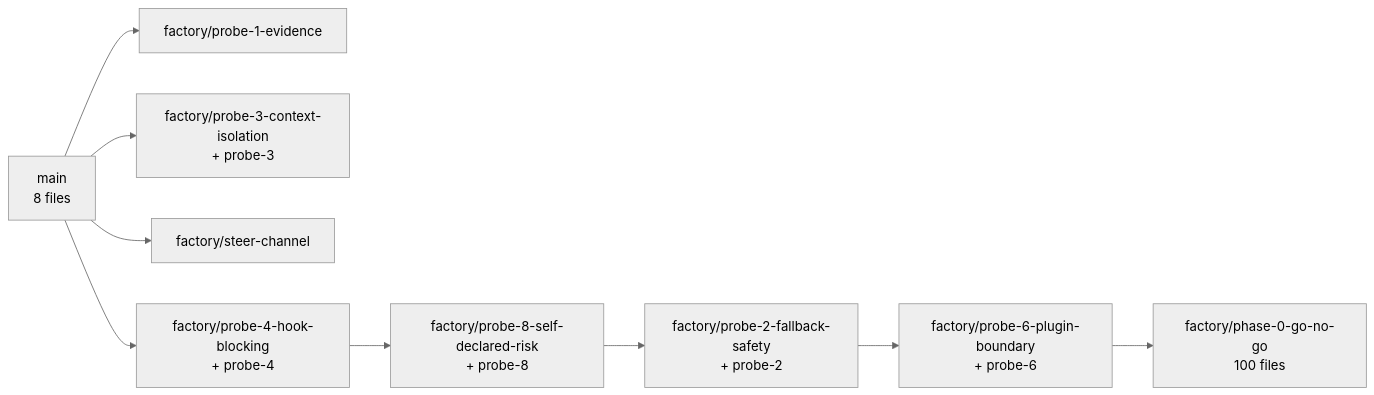
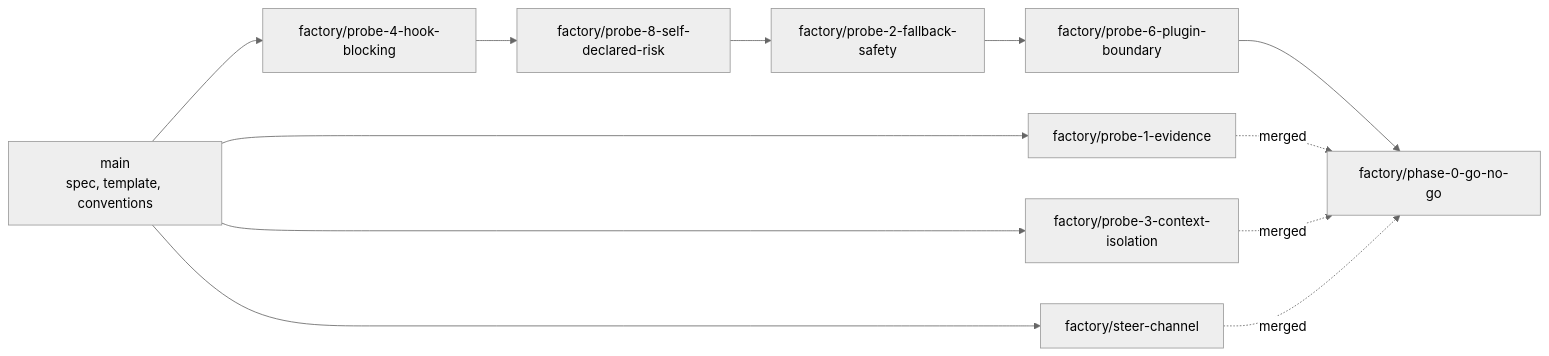
The first of 3 diagrams in droid-wiki/overview/architecture.md (Roderick-Clemente/adversarial-sprint), drawn with Mermaid (neutral theme) before and after one commit. The commit also changed other lines of this file and 7 other files, not shown here.

````diff
--- a/droid-wiki/overview/architecture.md
+++ b/droid-wiki/overview/architecture.md
@@ -40,11 +40,14 @@
 ```mermaid
 graph LR
-    main["main<br/>8 files"] --> P1["factory/probe-1-evidence"]
-    main --> P3["factory/probe-3-context-isolation<br/>+ probe-3"]
+    main["main<br/>spec, template, conventions"] --> P1["factory/probe-1-evidence"]
+    main --> P3["factory/probe-3-context-isolation"]
     main --> STEER["factory/steer-channel"]
-    main --> P4["factory/probe-4-hook-blocking<br/>+ probe-4"]
-    P4 --> P8["factory/probe-8-self-declared-risk<br/>+ probe-8"]
-    P8 --> P2["factory/probe-2-fallback-safety<br/>+ probe-2"]
-    P2 --> P6["factory/probe-6-plugin-boundary<br/>+ probe-6"]
-    P6 --> GNG["factory/phase-0-go-no-go<br/>100 files"]
+    main --> P4["factory/probe-4-hook-blocking"]
+    P4 --> P8["factory/probe-8-self-declared-risk"]
+    P8 --> P2["factory/probe-2-fallback-safety"]
+    P2 --> P6["factory/probe-6-plugin-boundary"]
+    P6 --> GNG["factory/phase-0-go-no-go"]
+    P1 -.merged.-> GNG
+    P3 -.merged.-> GNG
+    STEER -.merged.-> GNG
 ```
````
